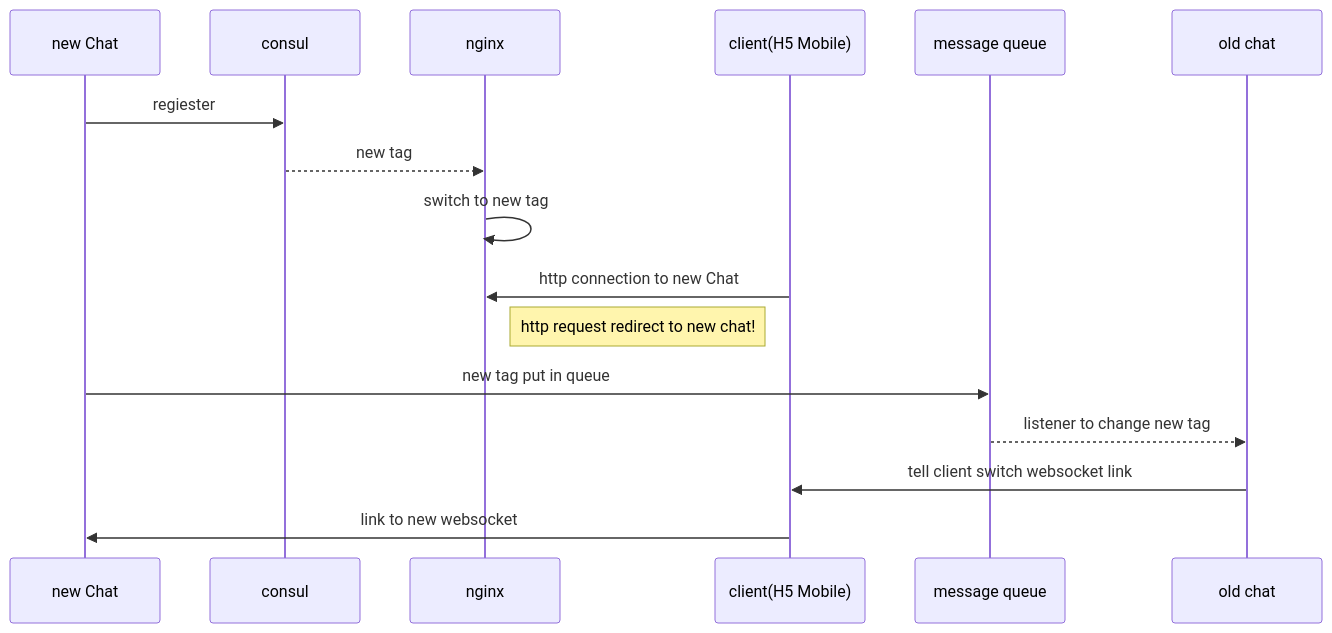
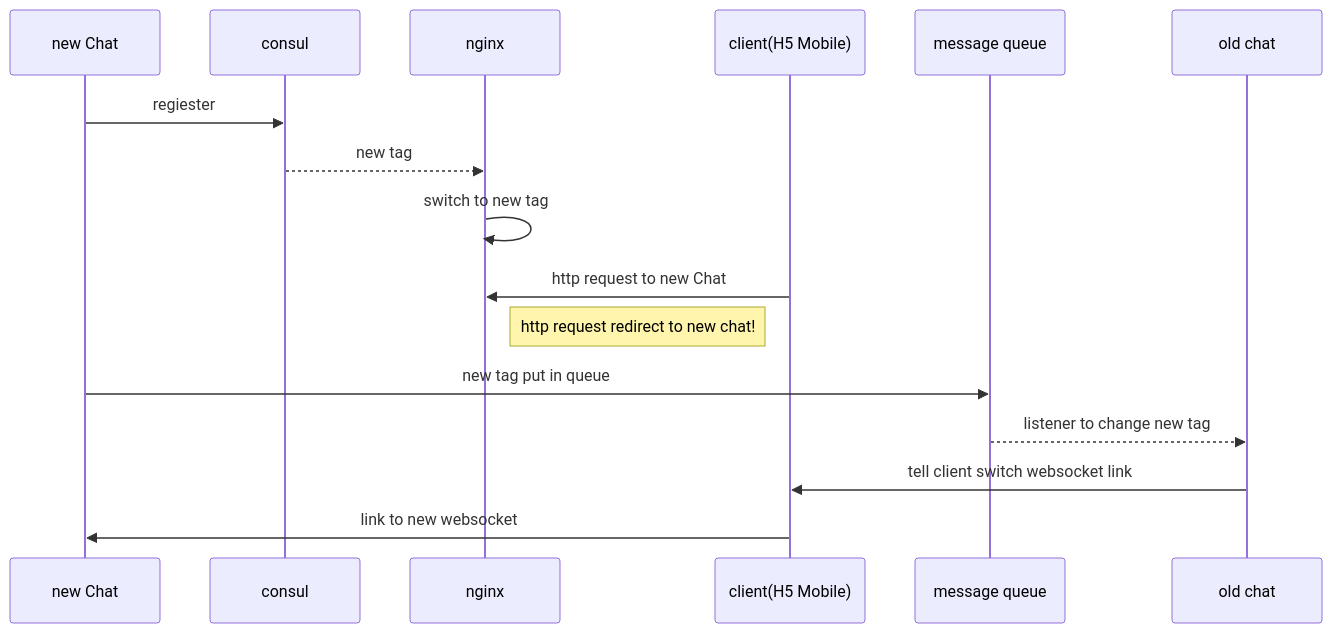
Before and after one commit to angelo0217/note_knowlage: the diagram in ChatGrayDeploy.md, drawn with Mermaid. The commit also changed 1 other file, not shown here.

Commit message:
modify chat flow modify docker sample

````diff
--- a/ChatGrayDeploy.md
+++ b/ChatGrayDeploy.md
@@ -2,12 +2,12 @@
 ```mermaid
 sequenceDiagram
   new Chat->> consul: regiester
   consul -->> nginx: new tag
   nginx->>nginx: switch to new tag
-  client(H5 Mobile)->> nginx: http connection to new Chat
+  client(H5 Mobile)->> nginx: http request to new Chat
     Note right of nginx: http request redirect to new chat!
   new Chat->> message queue: new tag put in queue
   message queue -->> old chat: listener to change new tag
   old chat->> client(H5 Mobile): tell client switch websocket link
   client(H5 Mobile)->> new Chat: link to new websocket
 ```
````
